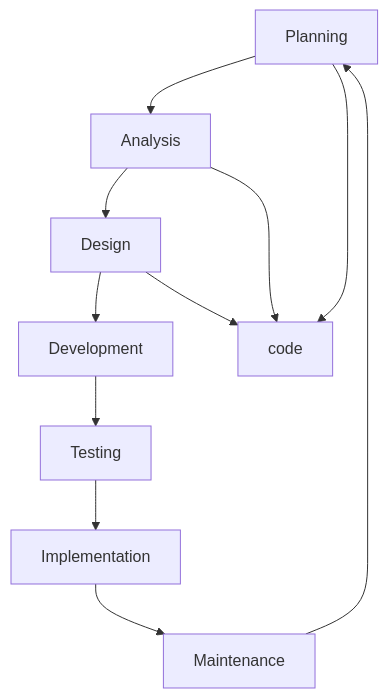
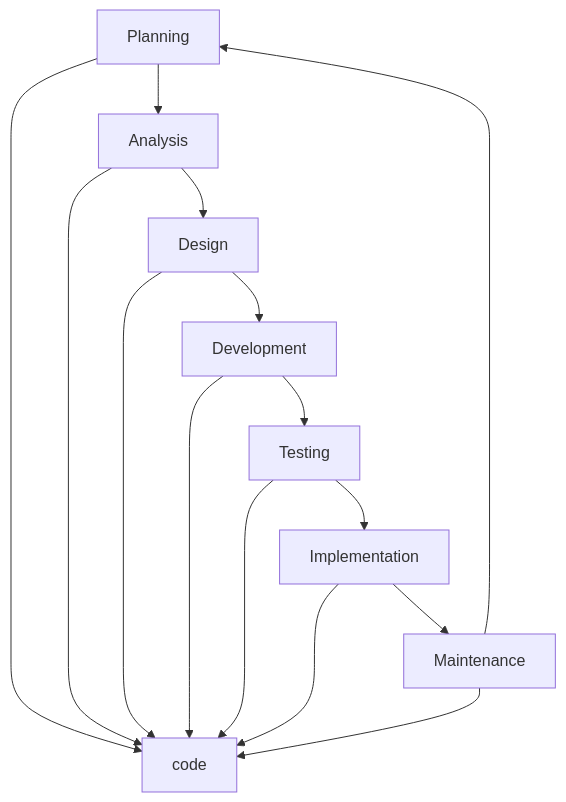
One commit to alex-mccombie/resume_readme changed the first of 2 diagrams in README.md. Above: the diagram before and after it, drawn with Mermaid.

````diff
--- a/README.md
+++ b/README.md
@@ -276,13 +276,17 @@
 ```mermaid
   graph TD;
       Planning-->Analysis;
       Analysis-->Design;
       Design-->Development;
       Development-->Testing;
       Testing-->Implementation;
       Implementation-->Maintenance;
       Maintenance-->Planning;
       Planning-->code;
       Analysis-->code;
       Design-->code;
+      Development-->code;
+      Testing-->code;
+      Implementation-->code;
+      Maintenance-->code;
 ```
````
